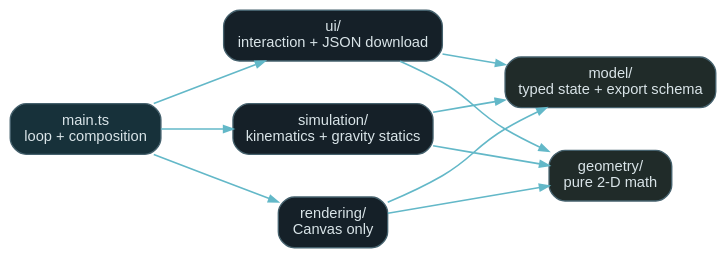
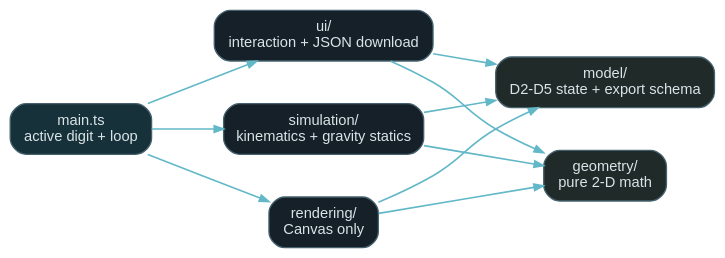
Before and after one commit to Neuro-Mechatronics-Interfaces/LinkageSimulator: the diagram in docs/architecture.dot, drawn with Graphviz. The commit also changed 19 other files, not shown here.

Commit message:
Add multi-digit export, change ICs

```diff
--- a/docs/architecture.dot
+++ b/docs/architecture.dot
@@ -1,22 +1,22 @@
 digraph LinkageSimulatorArchitecture {
   graph [rankdir=LR, bgcolor="transparent", pad="0.2", nodesep="0.45", ranksep="0.65"];
   node [shape=box, style="rounded,filled", fontname="Arial", fontsize=11, color="#45616d", fontcolor="#d9e4e8", fillcolor="#152028", margin="0.15,0.1"];
   edge [color="#63b8c8", arrowsize=0.7, penwidth=1.2];
 
-  main [label="main.ts\nloop + composition", fillcolor="#17313a"];
+  main [label="main.ts\nactive digit + loop", fillcolor="#17313a"];
   ui [label="ui/\ninteraction + JSON download"];
   simulation [label="simulation/\nkinematics + gravity statics"];
   rendering [label="rendering/\nCanvas only"];
-  model [label="model/\ntyped state + export schema", fillcolor="#202b29"];
+  model [label="model/\nD2-D5 state + export schema", fillcolor="#202b29"];
   geometry [label="geometry/\npure 2-D math", fillcolor="#202b29"];
 
   main -> ui;
   main -> simulation;
   main -> rendering;
   ui -> model;
   ui -> geometry;
   simulation -> model;
   simulation -> geometry;
   rendering -> model;
   rendering -> geometry;
 }
```
